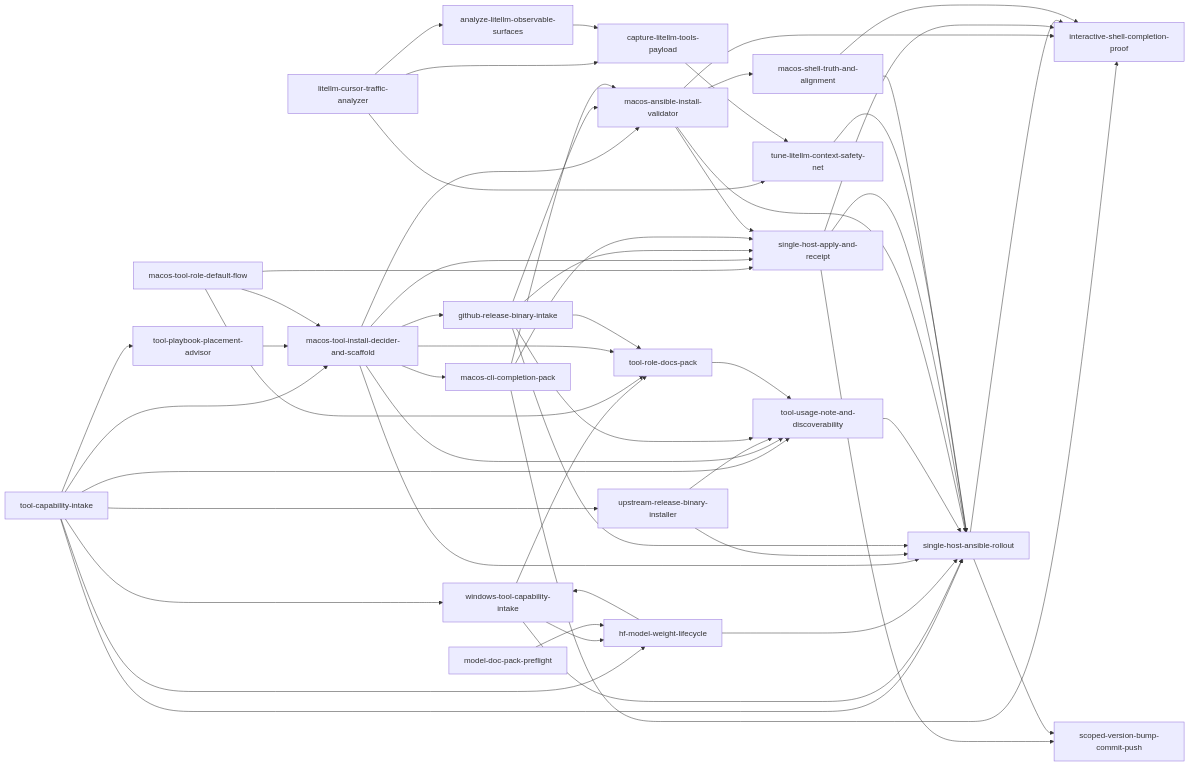
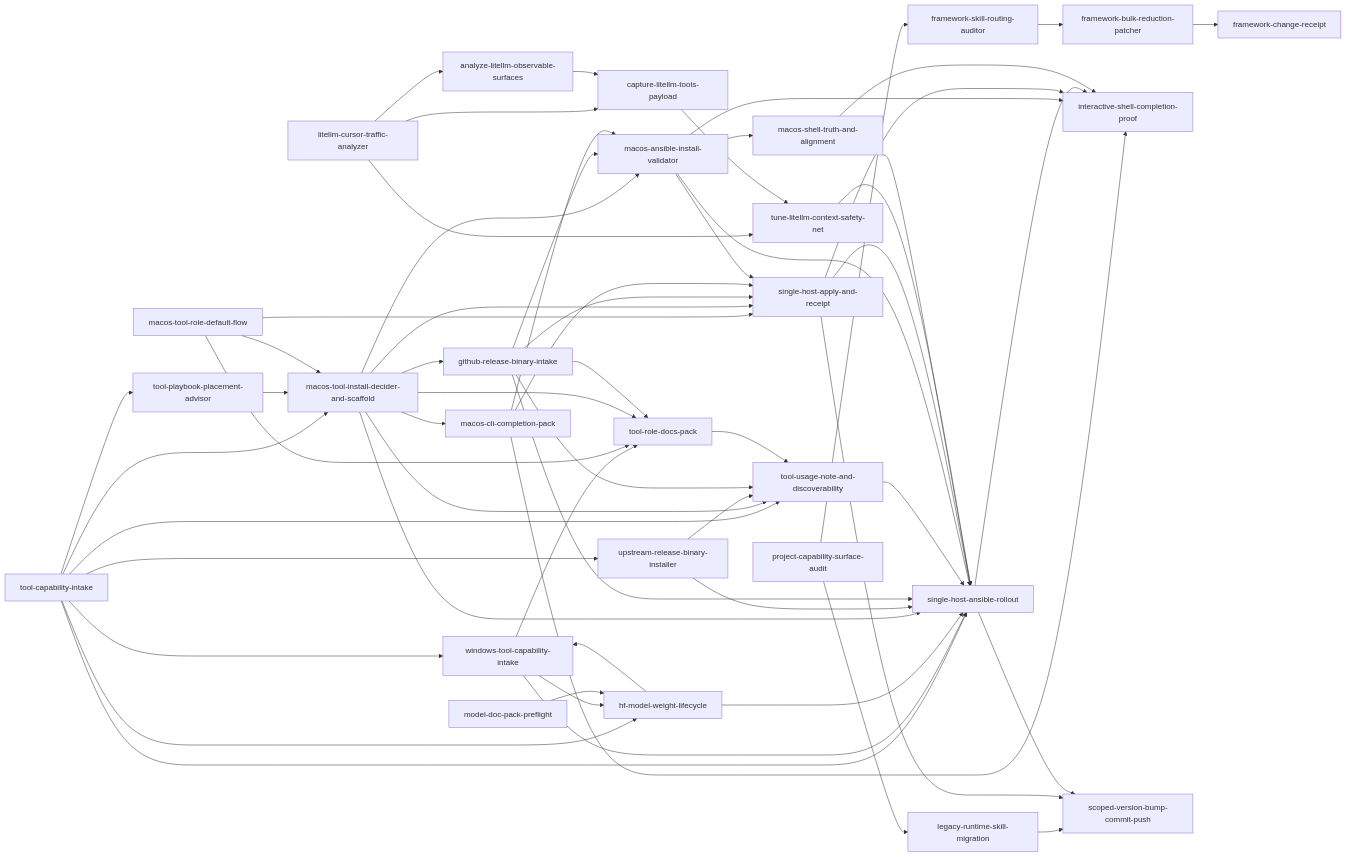
Before and after one commit to doesitscript/dotfile-vnext: the diagram in skills/README.md, drawn with Mermaid. The commit also changed other lines of this file and 120 other files, not shown here.

First line of the commit message:
feat(skills): upgrade project skill contract and add routing packs

````diff
--- a/skills/README.md
+++ b/skills/README.md
@@ -31,6 +41,10 @@
 ```mermaid
 flowchart LR
   intake[tool-capability-intake]
+  audit[project-capability-surface-audit]
+  routeaudit[framework-skill-routing-auditor]
+  routepatch[framework-bulk-reduction-patcher]
+  fwreceipt[framework-change-receipt]
   placement[tool-playbook-placement-advisor]
   winintake[windows-tool-capability-intake]
   hfweights[hf-model-weight-lifecycle]
@@ -39,6 +53,7 @@
   completionpack[macos-cli-completion-pack]
   bin[upstream-release-binary-installer]
   ghbin[github-release-binary-intake]
+  legacymig[legacy-runtime-skill-migration]
   docspack[tool-role-docs-pack]
   docs[tool-usage-note-and-discoverability]
   macval[macos-ansible-install-validator]
@@ -53,6 +68,10 @@
   observe[analyze-litellm-observable-surfaces]
   tune[tune-litellm-context-safety-net]
 
+  audit --> legacymig
+  audit --> routeaudit
+  routeaudit --> routepatch
+  routepatch --> fwreceipt
   intake --> winintake
   intake --> hfweights
   intake --> placement
@@ -84,6 +103,7 @@
   ghbin --> macval
   ghbin --> receipt
   ghbin --> rollout
+  legacymig --> closeout
   completionpack --> macval
   completionpack --> receipt
   completionpack --> shellproof
````
